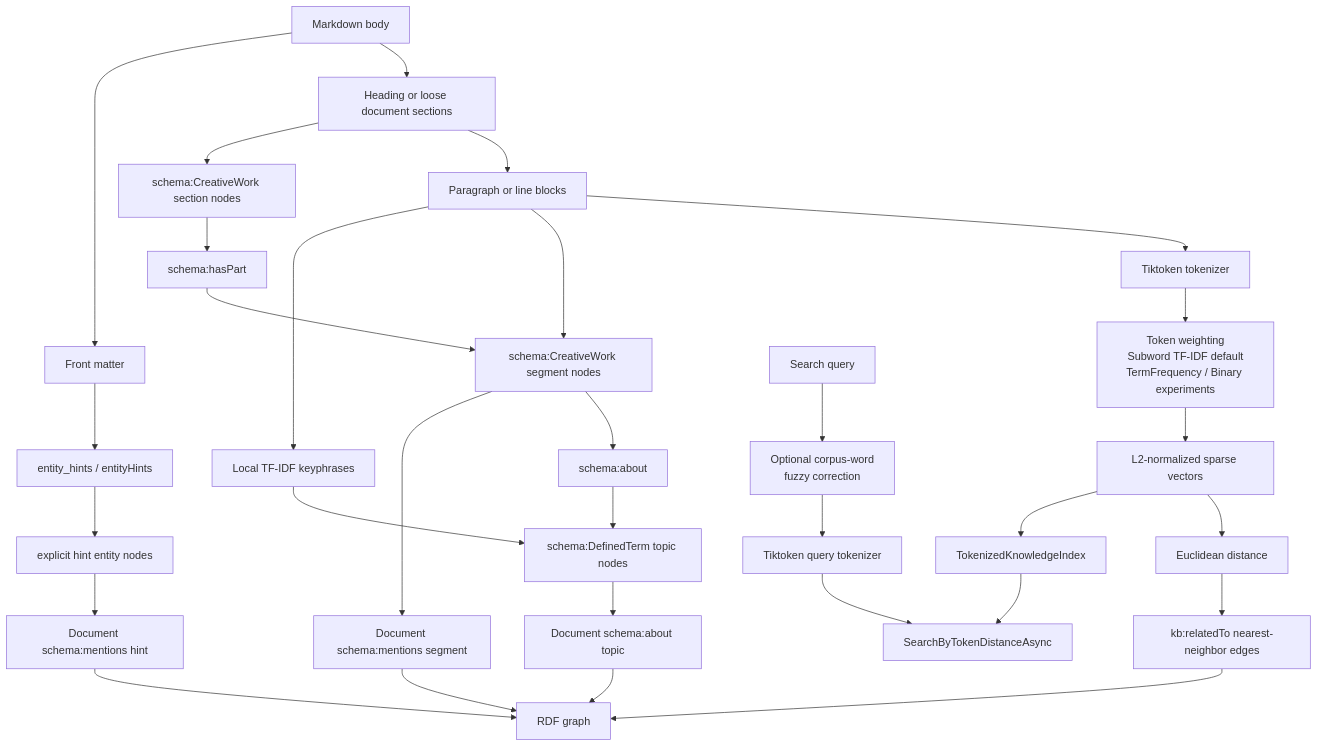
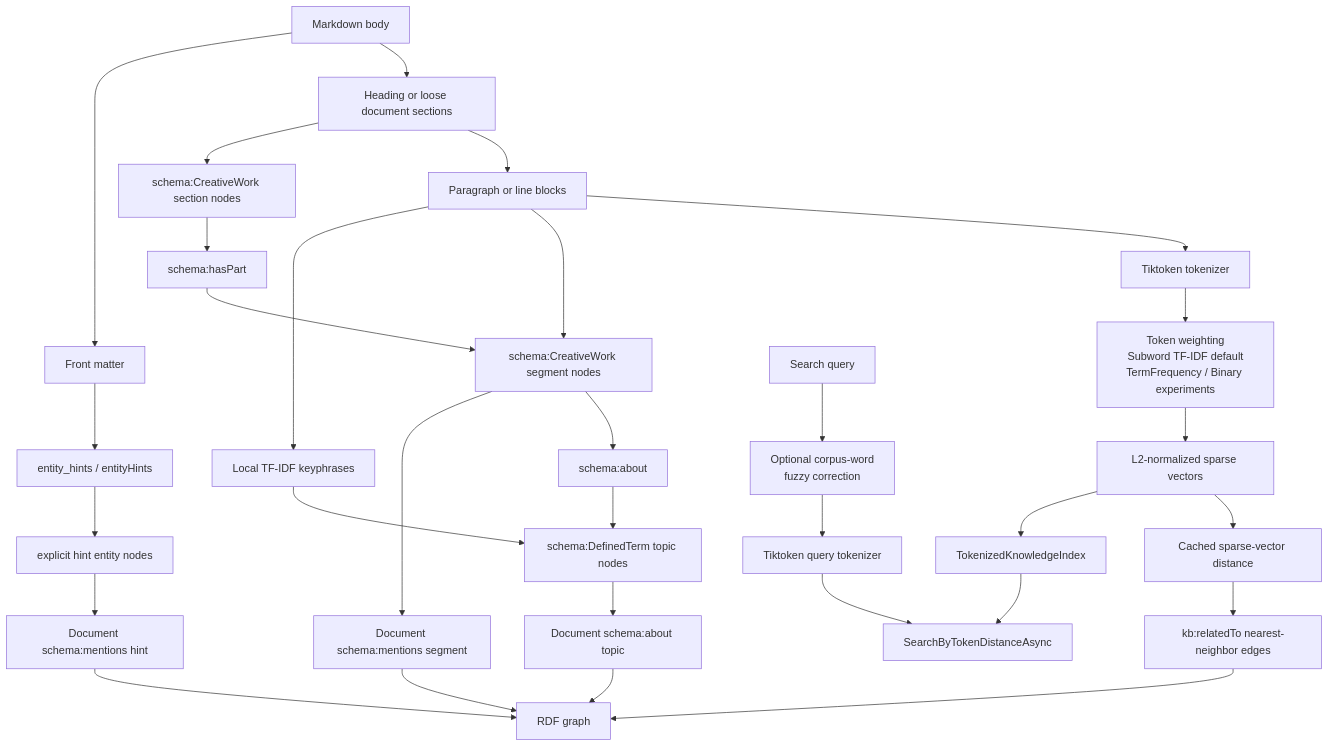
The diagram in docs/Features/TiktokenGraphExtraction.md (managedcode/markdown-ld-kb), drawn with Mermaid before and after one commit. The commit also changed other lines of this file and 21 other files, not shown here.

````diff
--- a/docs/Features/TiktokenGraphExtraction.md
+++ b/docs/Features/TiktokenGraphExtraction.md
@@ -11,33 +11,33 @@
 ```mermaid
 flowchart TD
     Source["Markdown body"] --> LooseSections["Heading or loose document sections"]
     Source --> FrontMatter["Front matter"]
     LooseSections --> Blocks["Paragraph or line blocks"]
     Blocks --> Tokenizer["Tiktoken tokenizer"]
     Tokenizer --> Weighting["Token weighting\nSubword TF-IDF default\nTermFrequency / Binary experiments"]
     Weighting --> Vectors["L2-normalized sparse vectors"]
-    Vectors --> Distance["Euclidean distance"]
+    Vectors --> Distance["Cached sparse-vector distance"]
     Blocks --> SegmentNodes["schema:CreativeWork segment nodes"]
     Blocks --> Keyphrases["Local TF-IDF keyphrases"]
     FrontMatter --> EntityHints["entity_hints / entityHints"]
     EntityHints --> HintNodes["explicit hint entity nodes"]
     Keyphrases --> TopicNodes["schema:DefinedTerm topic nodes"]
     LooseSections --> SectionNodes["schema:CreativeWork section nodes"]
     SectionNodes --> HasPart["schema:hasPart"]
     HasPart --> SegmentNodes
     SegmentNodes --> About["schema:about"]
     About --> TopicNodes
     HintNodes --> HintMentions["Document schema:mentions hint"]
     Distance --> RelatedEdges["kb:relatedTo nearest-neighbor edges"]
     SegmentNodes --> Mentions["Document schema:mentions segment"]
     TopicNodes --> DocAbout["Document schema:about topic"]
     Mentions --> Graph["RDF graph"]
     HintMentions --> Graph
     DocAbout --> Graph
     RelatedEdges --> Graph
     Vectors --> Index["TokenizedKnowledgeIndex"]
     Query["Search query"] --> FuzzyCorrection["Optional corpus-word\nfuzzy correction"]
     FuzzyCorrection --> QueryTokenizer["Tiktoken query tokenizer"]
     QueryTokenizer --> Search["SearchByTokenDistanceAsync"]
     Index --> Search
 ```
````
